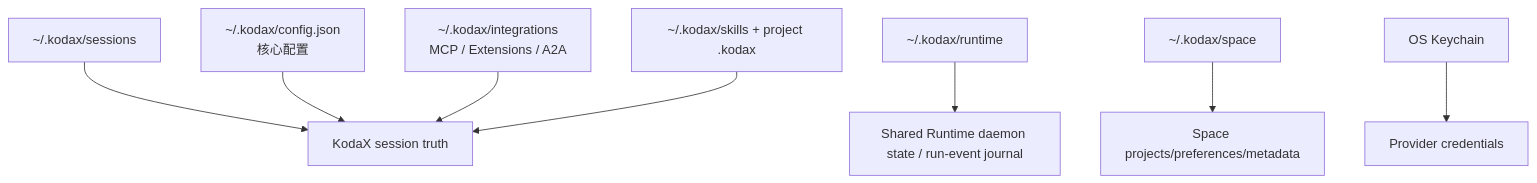
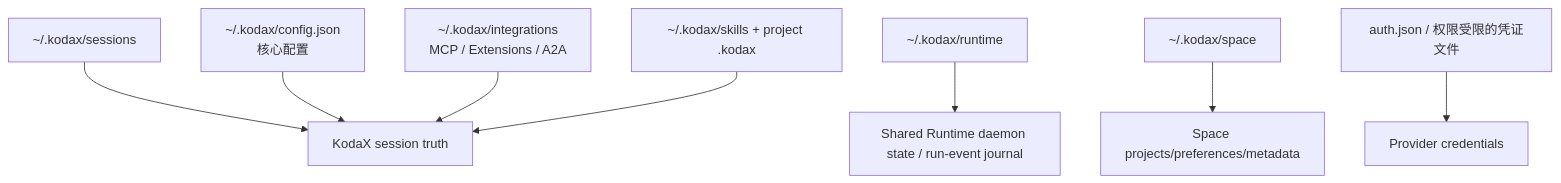
One commit to KodaX-AI-dev/KodaX-Space changed the sixth of 6 diagrams in docs/USER_MANUAL.zh-CN.md. Above: the diagram before and after it, drawn with Mermaid. The commit also changed other lines of this file and 14 other files, not shown here.

````diff
--- a/docs/USER_MANUAL.zh-CN.md
+++ b/docs/USER_MANUAL.zh-CN.md
@@ -674,10 +674,10 @@
 ```mermaid
 flowchart TD
     Session["~/.kodax/sessions"] --> K["KodaX session truth"]
     Config["~/.kodax/config.json<br/>核心配置"] --> K
     Integrations["~/.kodax/integrations<br/>MCP / Extensions / A2A"] --> K
     Skills["~/.kodax/skills + project .kodax"] --> K
     Runtime["~/.kodax/runtime"] --> Events["Shared Runtime daemon state / run-event journal"]
     Space["~/.kodax/space"] --> UI["Space projects/preferences/metadata"]
-    Keychain["OS Keychain"] --> Secret["Provider credentials"]
+    Auth["auth.json / 权限受限的凭证文件"] --> Secret["Provider credentials"]
 ```
````
